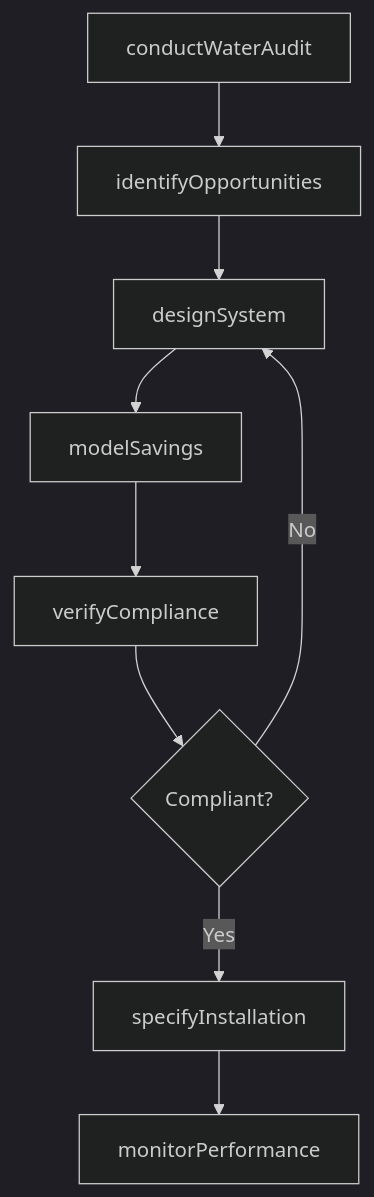
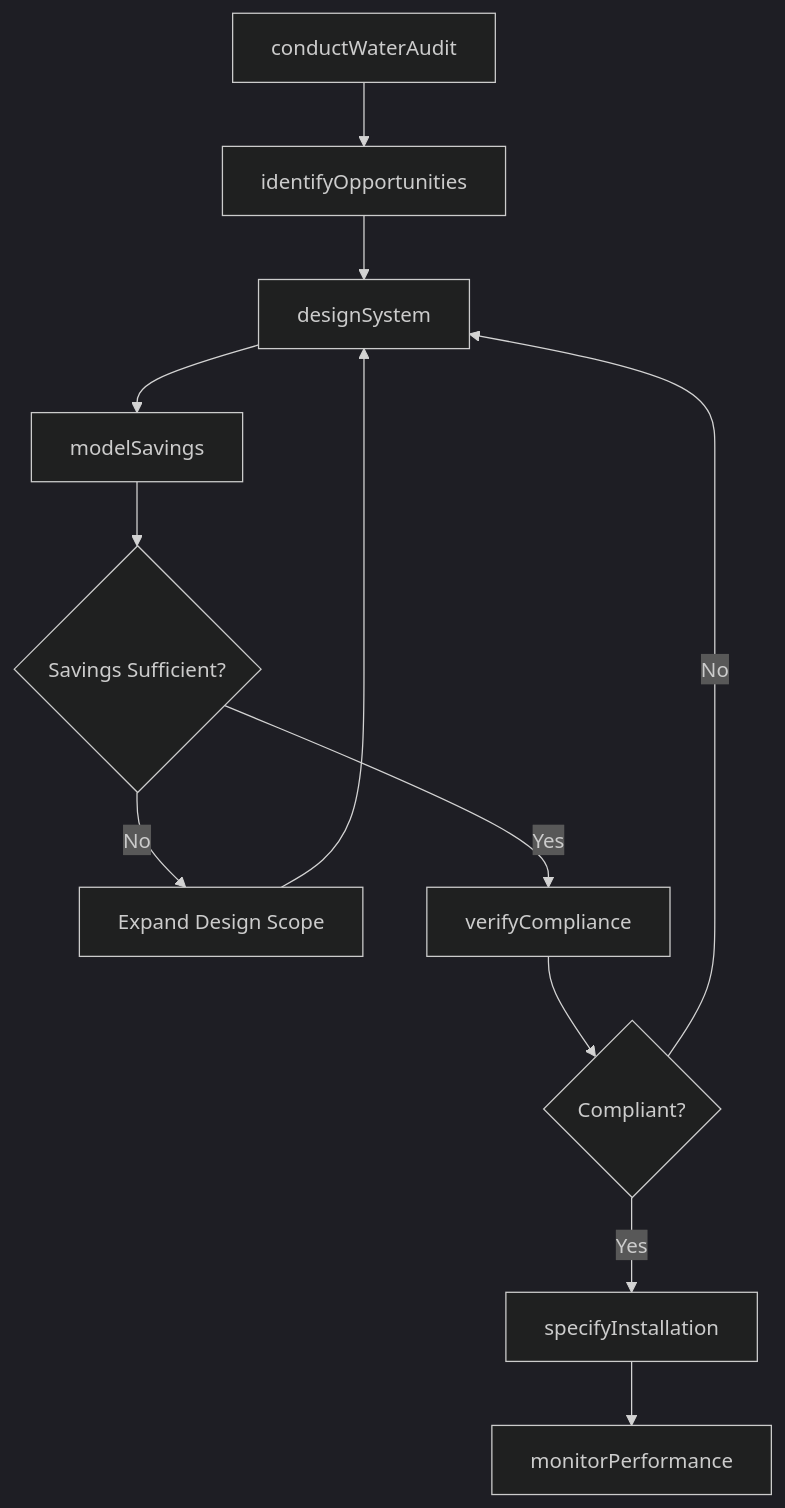
The third of 4 diagrams in ThinkingCreatively/DevelopSystemsOrPracticesToMitigateOrResolveEnvironmentalProblems/DesignWaterConservationSystems.mdx (dot-org-ai/tasks.org.ai), drawn with Mermaid (dark theme) before and after one commit. The commit also changed other lines of this file and 266 other files, not shown here.

First line of the commit message:
feat: Add ER diagrams, state diagrams to wave 2 batch (251 DWA files)

````diff
--- a/ThinkingCreatively/DevelopSystemsOrPracticesToMitigateOrResolveEnvironmentalProblems/DesignWaterConservationSystems.mdx
+++ b/ThinkingCreatively/DevelopSystemsOrPracticesToMitigateOrResolveEnvironmentalProblems/DesignWaterConservationSystems.mdx
@@ -87,11 +116,14 @@
 ```mermaid
 graph TD
     A[conductWaterAudit] --> B[identifyOpportunities]
     B --> C[designSystem]
     C --> D[modelSavings]
-    D --> E[verifyCompliance]
-    E --> F{Compliant?}
-    F -->|No| C
-    F -->|Yes| G[specifyInstallation]
-    G --> H[monitorPerformance]
+    D --> E{Savings Sufficient?}
+    E -->|No| F[Expand Design Scope]
+    F --> C
+    E -->|Yes| G[verifyCompliance]
+    G --> H{Compliant?}
+    H -->|No| C
+    H -->|Yes| I[specifyInstallation]
+    I --> J[monitorPerformance]
 ```
````
